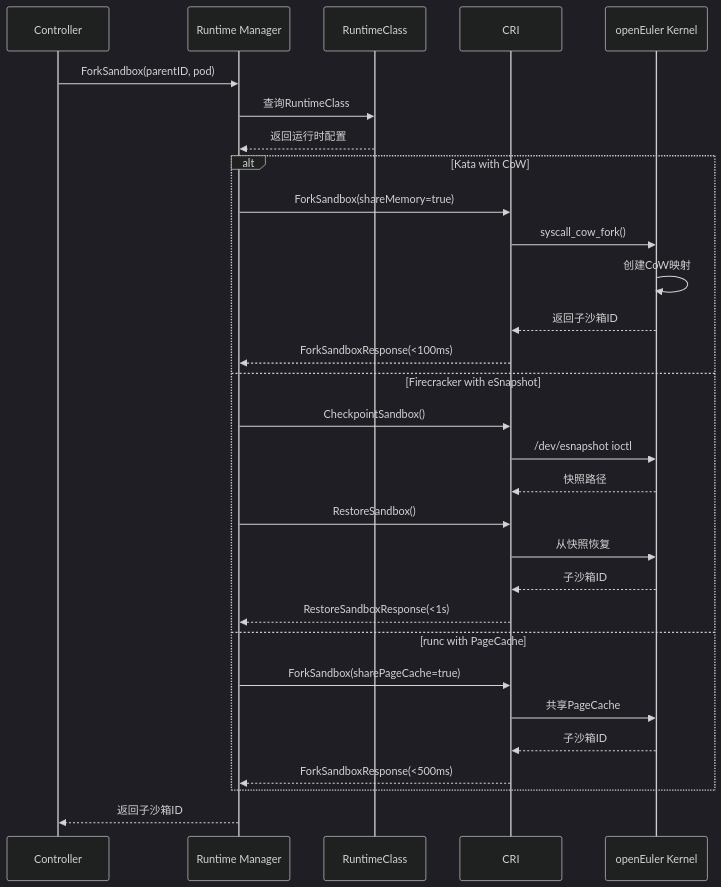
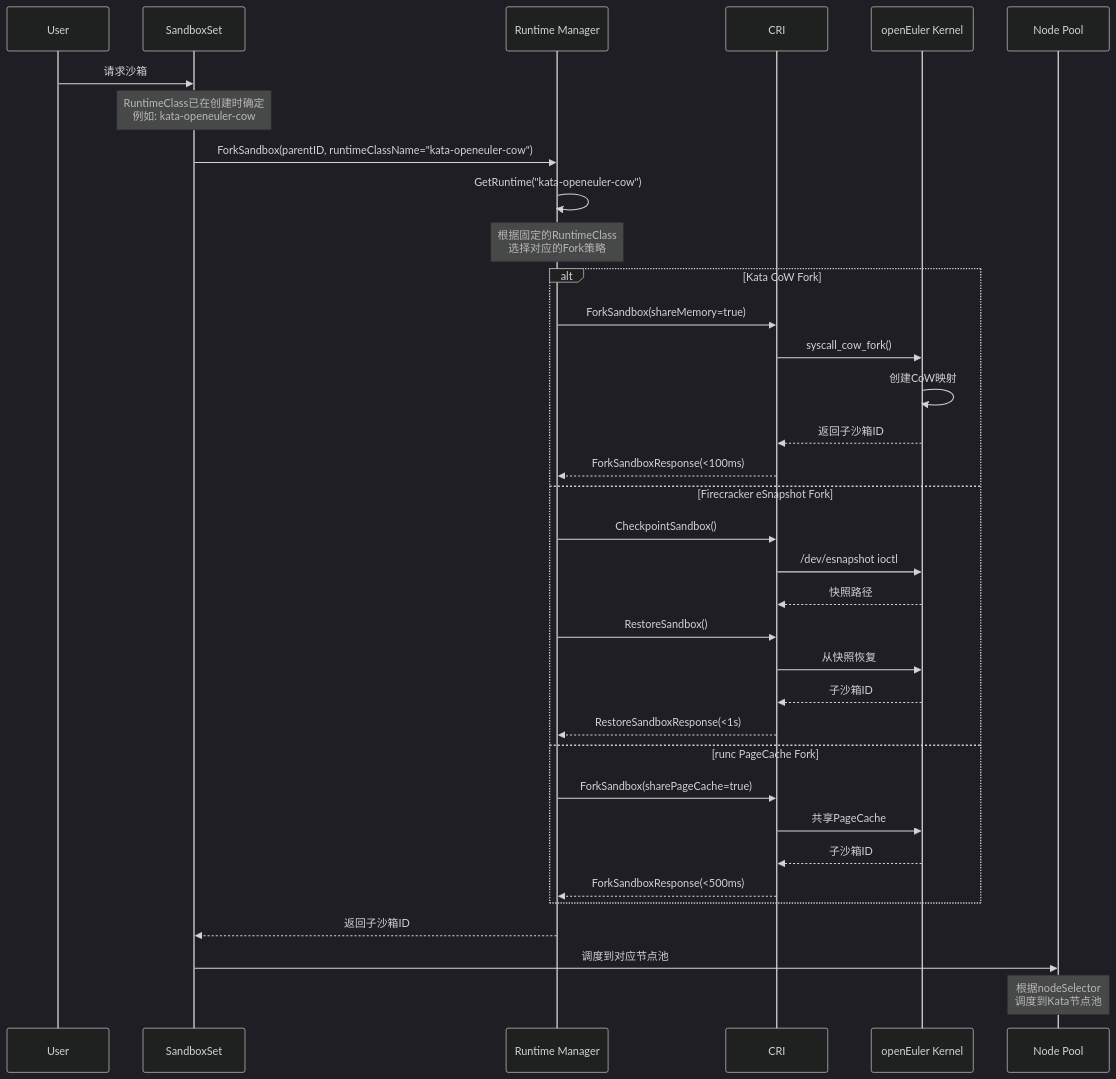
Before and after one commit to QJWang23/sandbox: diagram 11 of 24 in docs/superpowers/specs/2026-03-23-k8s-cluster-openeuler-kunpeng-competitiveness-analysis.md, drawn with Mermaid (dark theme). The commit also changed other lines of this file, not shown here.

First line of the commit message:
Fix RuntimeClass design: Clarify usage scenarios and selection strategy

````diff
--- a/docs/superpowers/specs/2026-03-23-k8s-cluster-openeuler-kunpeng-competitiveness-analysis.md
+++ b/docs/superpowers/specs/2026-03-23-k8s-cluster-openeuler-kunpeng-competitiveness-analysis.md
@@ -1118,35 +1266,41 @@
 ```mermaid
 sequenceDiagram
-    participant Controller
+    participant User
+    participant SandboxSet
     participant Runtime Manager
-    participant RuntimeClass
     participant CRI
     participant openEuler Kernel
+    participant Node Pool
 
-    Controller->>Runtime Manager: ForkSandbox(parentID, pod)
-    Runtime Manager->>RuntimeClass: 查询RuntimeClass
-    RuntimeClass-->>Runtime Manager: 返回运行时配置
+    User->>SandboxSet: 请求沙箱
+    Note over SandboxSet: RuntimeClass已在创建时确定<br/>例如: kata-openeuler-cow
+    SandboxSet->>Runtime Manager: ForkSandbox(parentID, runtimeClassName="kata-openeuler-cow")
 
-    alt Kata with CoW
+    Runtime Manager->>Runtime Manager: GetRuntime("kata-openeuler-cow")
+    Note over Runtime Manager: 根据固定的RuntimeClass<br/>选择对应的Fork策略
+
+    alt Kata CoW Fork
         Runtime Manager->>CRI: ForkSandbox(shareMemory=true)
         CRI->>openEuler Kernel: syscall_cow_fork()
         openEuler Kernel->>openEuler Kernel: 创建CoW映射
         openEuler Kernel-->>CRI: 返回子沙箱ID
         CRI-->>Runtime Manager: ForkSandboxResponse(<100ms)
-    else Firecracker with eSnapshot
+    else Firecracker eSnapshot Fork
         Runtime Manager->>CRI: CheckpointSandbox()
         CRI->>openEuler Kernel: /dev/esnapshot ioctl
         openEuler Kernel-->>CRI: 快照路径
         Runtime Manager->>CRI: RestoreSandbox()
         CRI->>openEuler Kernel: 从快照恢复
         openEuler Kernel-->>CRI: 子沙箱ID
         CRI-->>Runtime Manager: RestoreSandboxResponse(<1s)
-    else runc with PageCache
+    else runc PageCache Fork
         Runtime Manager->>CRI: ForkSandbox(sharePageCache=true)
         CRI->>openEuler Kernel: 共享PageCache
         openEuler Kernel-->>CRI: 子沙箱ID
         CRI-->>Runtime Manager: ForkSandboxResponse(<500ms)
     end
 
-    Runtime Manager-->>Controller: 返回子沙箱ID
+    Runtime Manager-->>SandboxSet: 返回子沙箱ID
+    SandboxSet->>Node Pool: 调度到对应节点池
+    Note over Node Pool: 根据nodeSelector<br/>调度到Kata节点池
 ```
````
